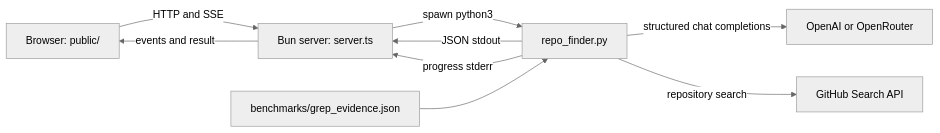
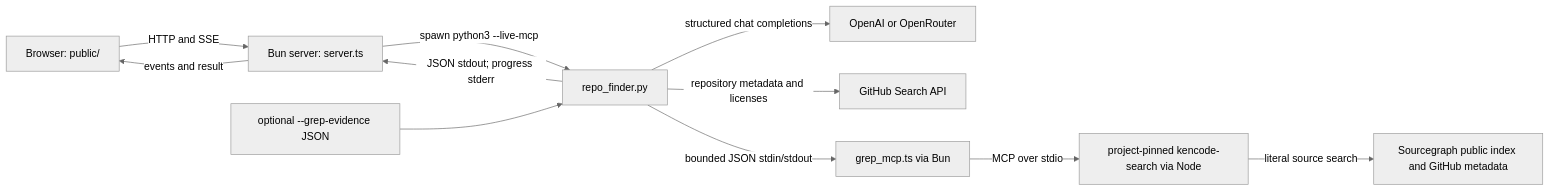
Before and after one commit to g-baskin/ghitty: the diagram in library/knowledge/private/architecture/system-architecture.md, drawn with Mermaid (neutral theme). The commit also changed other lines of this file and 16 other files, not shown here.

Commit message:
Add live KenCode MCP evidence

````diff
--- a/library/knowledge/private/architecture/system-architecture.md
+++ b/library/knowledge/private/architecture/system-architecture.md
@@ -17,11 +17,13 @@
 ```mermaid
 flowchart LR
     Browser[Browser: public/] -->|HTTP and SSE| Bun[Bun server: server.ts]
-    Bun -->|spawn python3| Python[repo_finder.py]
+    Bun -->|spawn python3 --live-mcp| Python[repo_finder.py]
     Python -->|structured chat completions| Model[OpenAI or OpenRouter]
-    Python -->|repository search| GitHub[GitHub Search API]
-    Evidence[benchmarks/grep_evidence.json] --> Python
-    Python -->|JSON stdout| Bun
-    Python -->|progress stderr| Bun
+    Python -->|repository metadata and licenses| GitHub[GitHub Search API]
+    Python -->|bounded JSON stdin/stdout| Bridge[grep_mcp.ts via Bun]
+    Bridge -->|MCP over stdio| KenCode[project-pinned kencode-search via Node]
+    KenCode -->|literal source search| PublicIndex[Sourcegraph public index and GitHub metadata]
+    FileEvidence[optional --grep-evidence JSON] --> Python
+    Python -->|JSON stdout; progress stderr| Bun
     Bun -->|events and result| Browser
 ```
````
